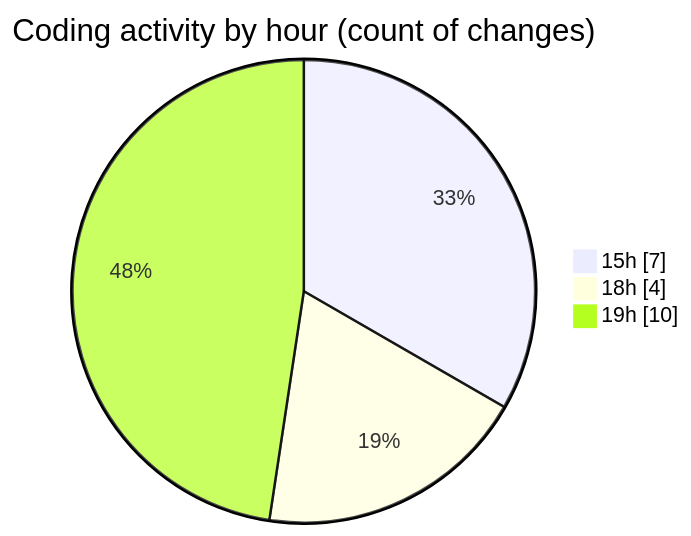
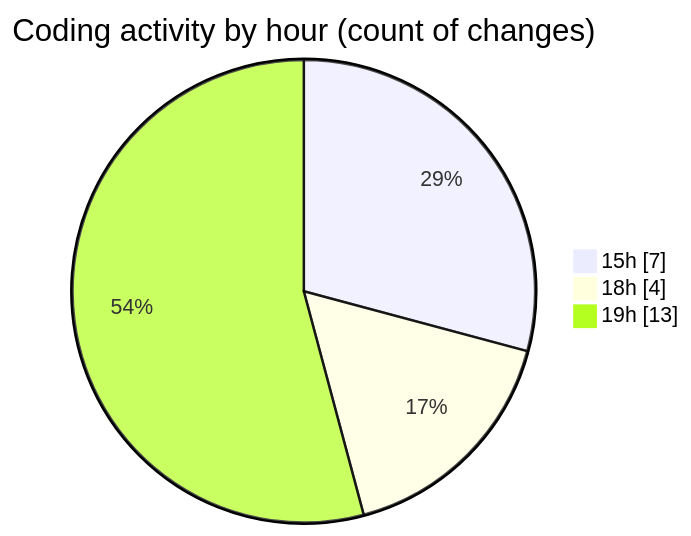
One commit to donsfak/code-tracking changed the second of 2 diagrams in 2025-02-08/maps_clone/README.md. Above: the diagram before and after it, drawn with Mermaid. The commit also changed other lines of this file and 1 other file, not shown here.

````diff
--- a/2025-02-08/maps_clone/README.md
+++ b/2025-02-08/maps_clone/README.md
@@ -30,7 +30,7 @@
 ```mermaid
 pie showData
 title Coding activity by hour (count of changes)
 "15h" : 7
 "18h" : 4
-"19h" : 10
+"19h" : 13
 ```
````
